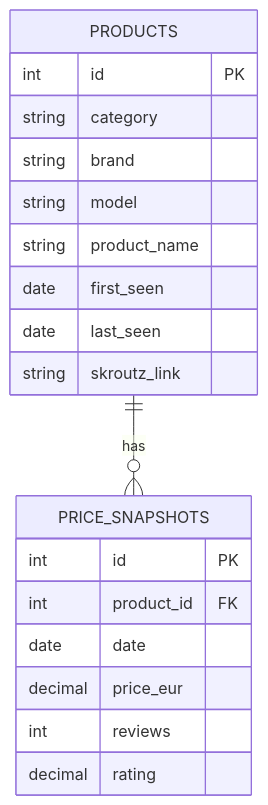
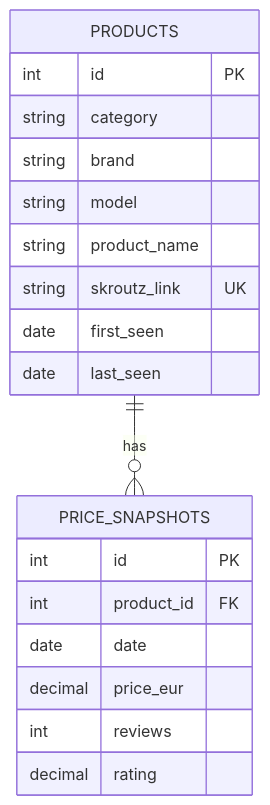
Before and after one commit to StavrosKav/skroutz-data-pipeline: the second of 2 diagrams in README.md, drawn with Mermaid. The commit also changed other lines of this file and 1 other file, not shown here.

````diff
--- a/README.md
+++ b/README.md
@@ -76,22 +60,22 @@
 ```mermaid
 erDiagram
   PRODUCTS {
     int id PK
     string category
     string brand
     string model
     string product_name
+    string skroutz_link UK
     date first_seen
     date last_seen
-    string skroutz_link
   }
   PRICE_SNAPSHOTS {
     int id PK
     int product_id FK
     date date
     decimal price_eur
     int reviews
     decimal rating
   }
   PRODUCTS ||--o{ PRICE_SNAPSHOTS : "has"
 ```
````
